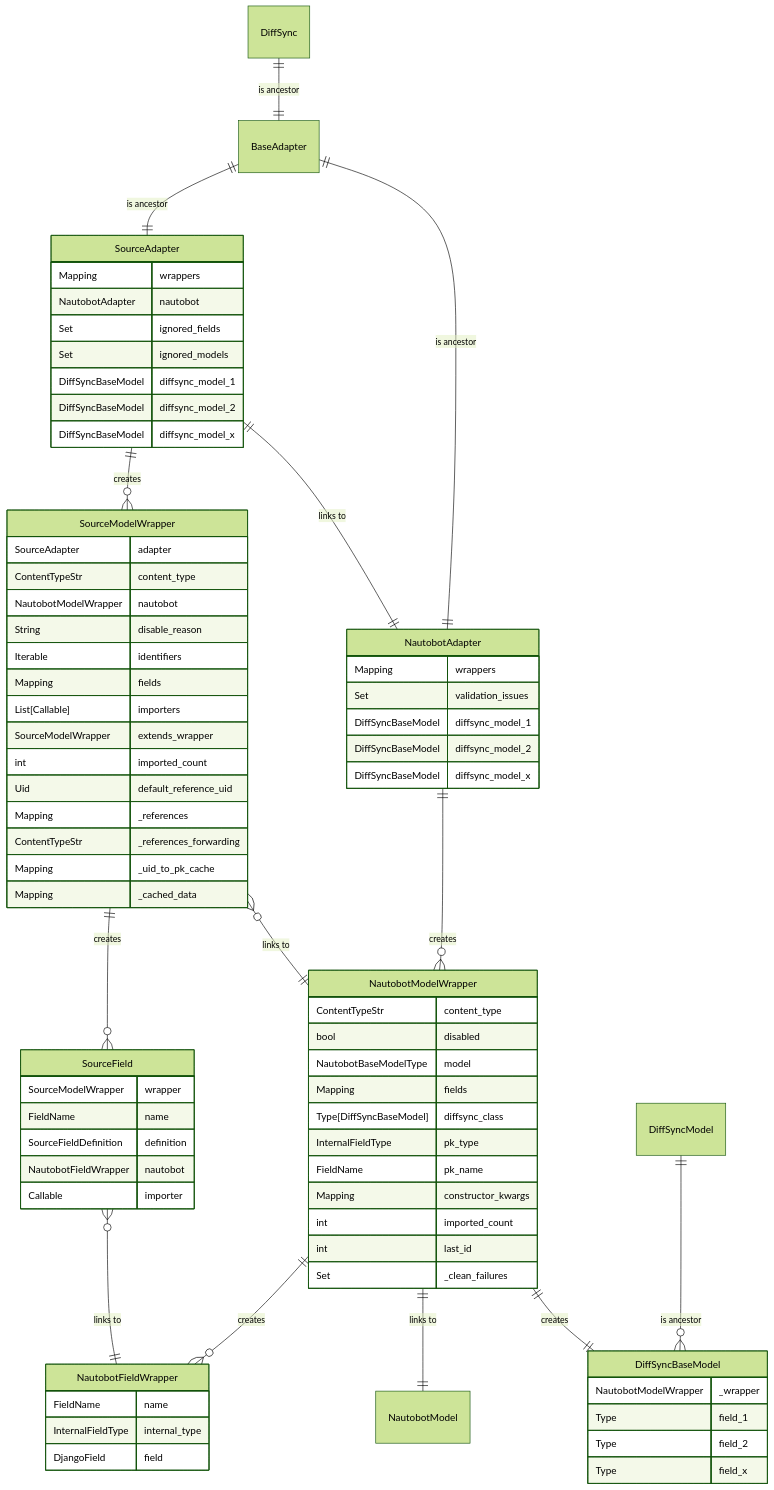
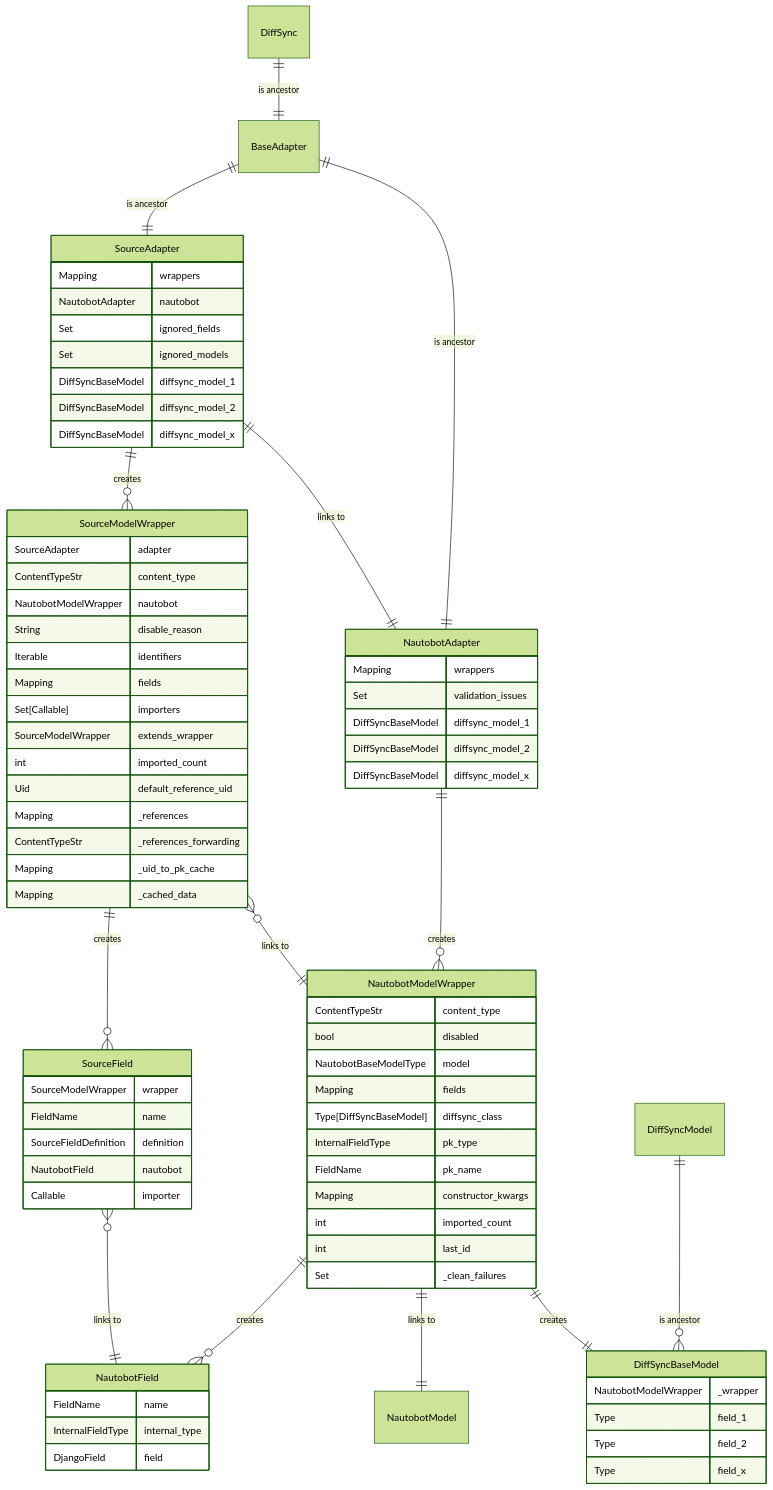
The diagram in docs/dev/generator.md (nautobot/nautobot-app-netbox-importer), drawn with Mermaid (forest theme) before and after one commit. The commit also changed other lines of this file and 46 other files, not shown here.

````diff
--- a/docs/dev/generator.md
+++ b/docs/dev/generator.md
@@ -106,79 +106,79 @@
 ```mermaid
 erDiagram
     DiffSync ||--|| BaseAdapter : "is ancestor"
     BaseAdapter ||--|| SourceAdapter : "is ancestor"
     BaseAdapter ||--|| NautobotAdapter : "is ancestor"
     SourceAdapter ||--o{ SourceModelWrapper : "creates"
     SourceModelWrapper ||--o{ SourceField : "creates"
     SourceAdapter ||--|| NautobotAdapter : "links to"
     NautobotAdapter ||--o{ NautobotModelWrapper : "creates"
     SourceModelWrapper }o--|| NautobotModelWrapper : "links to"
-    NautobotModelWrapper ||--o{ NautobotFieldWrapper : "creates"
+    NautobotModelWrapper ||--o{ NautobotField : "creates"
     NautobotModelWrapper ||--|| NautobotModel : "links to"
-    SourceField }o--|| NautobotFieldWrapper : "links to"
+    SourceField }o--|| NautobotField : "links to"
     NautobotModelWrapper ||--|| DiffSyncBaseModel : "creates"
     DiffSyncModel ||--o{ DiffSyncBaseModel : "is ancestor"
     SourceAdapter {
         Mapping wrappers
         NautobotAdapter nautobot
         Set ignored_fields
         Set ignored_models
         DiffSyncBaseModel diffsync_model_1
         DiffSyncBaseModel diffsync_model_2
         DiffSyncBaseModel diffsync_model_x
     }
     SourceModelWrapper {
         SourceAdapter adapter
         ContentTypeStr content_type
         NautobotModelWrapper nautobot
         String disable_reason
         Iterable identifiers
         Mapping fields
-        List[Callable] importers
+        Set[Callable] importers
         SourceModelWrapper extends_wrapper
         int imported_count
         Uid default_reference_uid
         Mapping _references
         ContentTypeStr _references_forwarding
         Mapping _uid_to_pk_cache
         Mapping _cached_data
     }
     SourceField {
         SourceModelWrapper wrapper
         FieldName name
         SourceFieldDefinition definition
-        NautobotFieldWrapper nautobot
+        NautobotField nautobot
         Callable importer
     }
     NautobotAdapter {
         Mapping wrappers
         Set validation_issues
         DiffSyncBaseModel diffsync_model_1
         DiffSyncBaseModel diffsync_model_2
         DiffSyncBaseModel diffsync_model_x
     }
     NautobotModelWrapper {
         ContentTypeStr content_type
         bool disabled
         NautobotBaseModelType model
         Mapping fields
         Type[DiffSyncBaseModel] diffsync_class
         InternalFieldType pk_type
         FieldName pk_name
         Mapping constructor_kwargs
         int imported_count
         int last_id
         Set _clean_failures
     }
-    NautobotFieldWrapper {
+    NautobotField {
         FieldName name
         InternalFieldType internal_type
         DjangoField field
     }
     DiffSyncBaseModel {
         NautobotModelWrapper _wrapper
         Type field_1
         Type field_2
         Type field_x
     }
 ```
````
